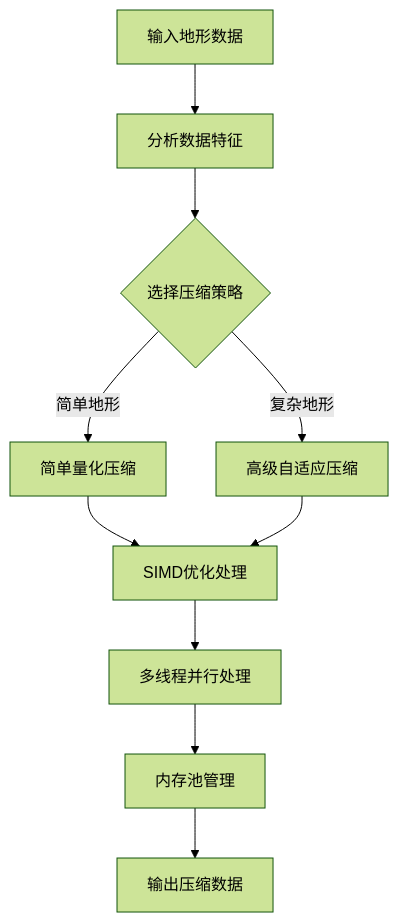
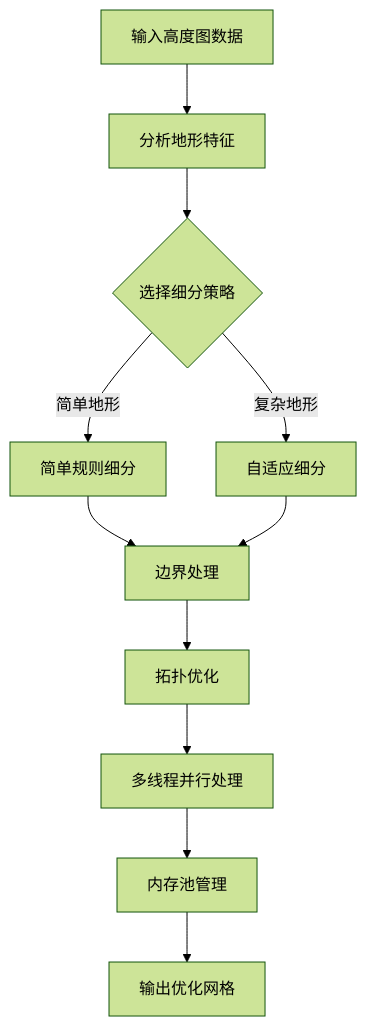
One commit to rzhangjing/cesium changed the fifth of 7 diagrams in .qoder/repowiki/zh/content/项目概述/核心特性/地形与影像系统/地形数据提供者系统.md. Above: the diagram before and after it, drawn with Mermaid (forest theme). The commit also changed other lines of this file and 32 other files, not shown here.

````diff
--- a/.qoder/repowiki/zh/content/项目概述/核心特性/地形与影像系统/地形数据提供者系统.md
+++ b/.qoder/repowiki/zh/content/项目概述/核心特性/地形与影像系统/地形数据提供者系统.md
@@ -310,12 +372,13 @@
 ```mermaid
 flowchart TD
-Input["输入地形数据"] --> Analyze["分析数据特征"]
-Analyze --> ChooseStrategy{"选择压缩策略"}
-ChooseStrategy --> |简单地形| SimpleCompress["简单量化压缩"]
-ChooseStrategy --> |复杂地形| AdvancedCompress["高级自适应压缩"]
-SimpleCompress --> SIMDOpt["SIMD优化处理"]
-AdvancedCompress --> SIMDOpt
-SIMDOpt --> Parallel["多线程并行处理"]
+Input["输入高度图数据"] --> Analyze["分析地形特征"]
+Analyze --> ChooseStrategy{"选择细分策略"}
+ChooseStrategy --> |简单地形| SimpleSubdivide["简单规则细分"]
+ChooseStrategy --> |复杂地形| AdaptiveSubdivide["自适应细分"]
+SimpleSubdivide --> Boundary["边界处理"]
+AdaptiveSubdivide --> Boundary
+Boundary --> Topology["拓扑优化"]
+Topology --> Parallel["多线程并行处理"]
 Parallel --> MemoryPool["内存池管理"]
-MemoryPool --> Output["输出压缩数据"]
+MemoryPool --> Output["输出优化网格"]
 ```
````
